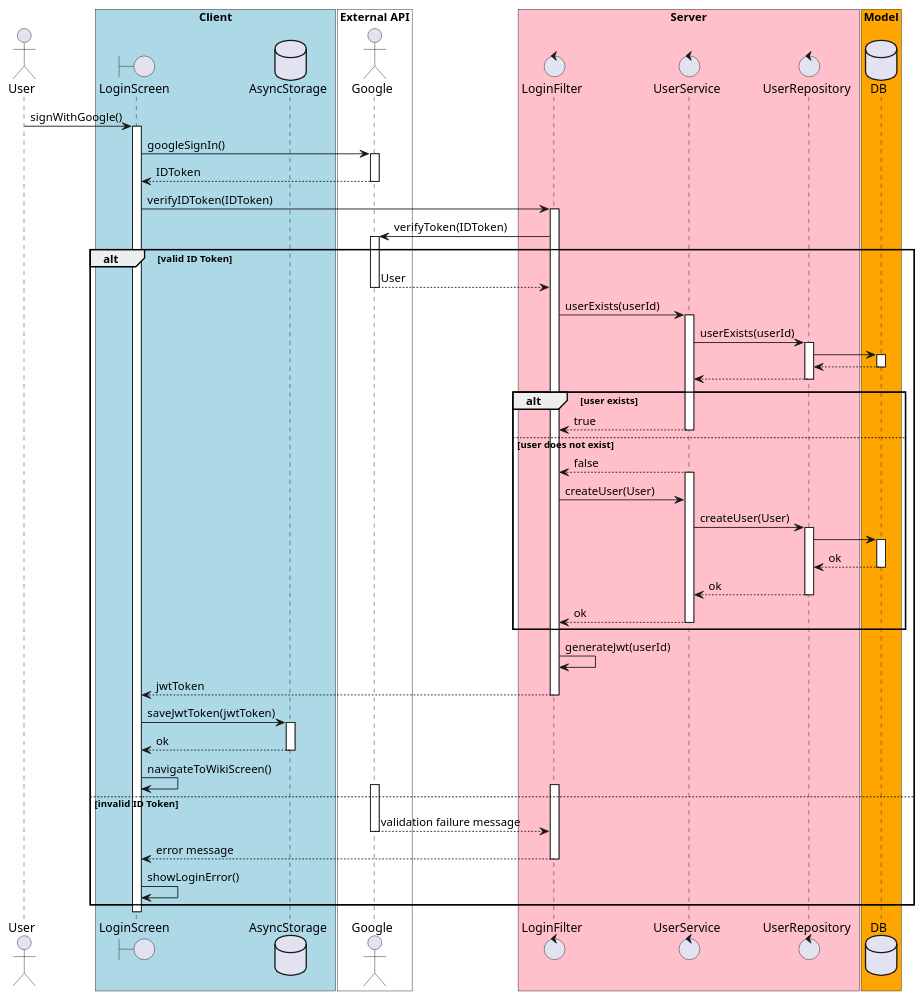
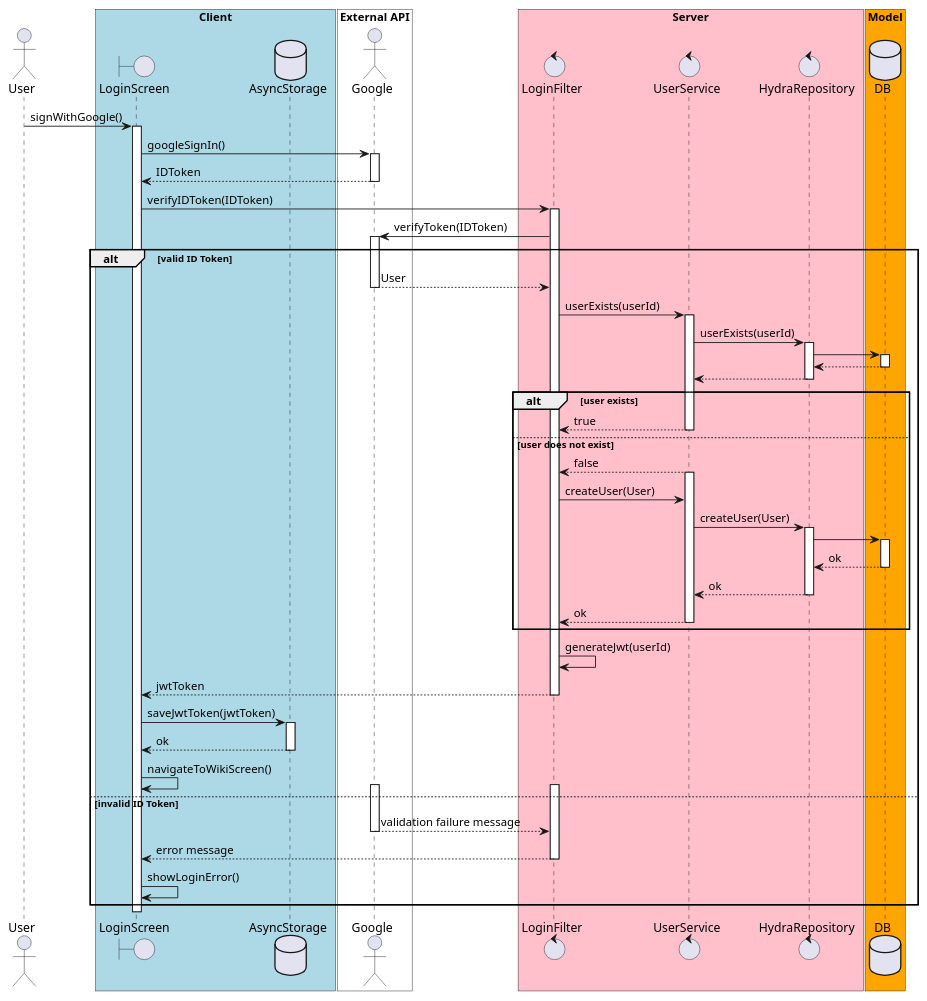
Before and after one commit to poznas/hydra-aimo: the diagram in sequence_diagram_login.puml, drawn with PlantUML. The commit also changed 3 other files, not shown here.

```diff
--- a/sequence_diagram_login.puml
+++ b/sequence_diagram_login.puml
@@ -1,100 +1,100 @@
 @startuml
 actor User
 actor Google
 database AsyncStorage
 boundary LoginScreen
 control LoginFilter
 control UserService
-control UserRepository
+control HydraRepository
 database DB
 
 User -> LoginScreen : signWithGoogle()
 activate LoginScreen
 LoginScreen -> Google : googleSignIn()
 
 activate Google
 Google --> LoginScreen: IDToken
 deactivate Google
 LoginScreen -> LoginFilter: verifyIDToken(IDToken)
 activate LoginFilter
 LoginFilter -> Google: verifyToken(IDToken)
 
 
 alt valid ID Token 
 activate Google
 Google --> LoginFilter : User
 deactivate Google
 LoginFilter -> UserService : userExists(userId)
 activate UserService
-UserService -> UserRepository : userExists(userId)
-activate UserRepository
-UserRepository -> DB 
+UserService -> HydraRepository : userExists(userId)
+activate HydraRepository
+HydraRepository -> DB 
 activate DB
-DB --> UserRepository
+DB --> HydraRepository
 deactivate DB
-UserRepository --> UserService
-deactivate UserRepository
+HydraRepository --> UserService
+deactivate HydraRepository
 
 alt user exists
 UserService --> LoginFilter : true
 deactivate UserService
 
 else user does not exist
 
 UserService --> LoginFilter : false
 activate UserService
 
 LoginFilter -> UserService : createUser(User)
-UserService -> UserRepository : createUser(User)
-activate UserRepository
-UserRepository -> DB
+UserService -> HydraRepository : createUser(User)
+activate HydraRepository
+HydraRepository -> DB
 activate DB
-DB --> UserRepository : ok
+DB --> HydraRepository : ok
 deactivate DB
-UserRepository --> UserService : ok
-deactivate UserRepository
+HydraRepository --> UserService : ok
+deactivate HydraRepository
 UserService --> LoginFilter : ok
 deactivate UserService
 end
 
 LoginFilter -> LoginFilter: generateJwt(userId)
 LoginFilter --> LoginScreen : jwtToken
 deactivate LoginFilter
 collections AsyncStorage
 LoginScreen -> AsyncStorage: saveJwtToken(jwtToken)
 activate AsyncStorage
 AsyncStorage --> LoginScreen : ok
 deactivate AsyncStorage
 LoginScreen -> LoginScreen : navigateToWikiScreen()
 
 
 else invalid ID Token 
 activate Google
 activate LoginFilter
 Google --> LoginFilter : validation failure message
 deactivate Google
 LoginFilter --> LoginScreen : error message
 deactivate LoginFilter
 LoginScreen -> LoginScreen : showLoginError()
 end
 
 box "Client" #LightBlue
    participant LoginScreen
    participant AsyncStorage
 end box
 
 box "External API" #White
    participant Google
 end box
 
 box "Server" #Pink
    participant LoginFilter
    participant UserService
-   participant UserRepository
+   participant HydraRepository
 end box
 
 box "Model" #Orange
    participant DB
 end box
 
 @enduml
```
